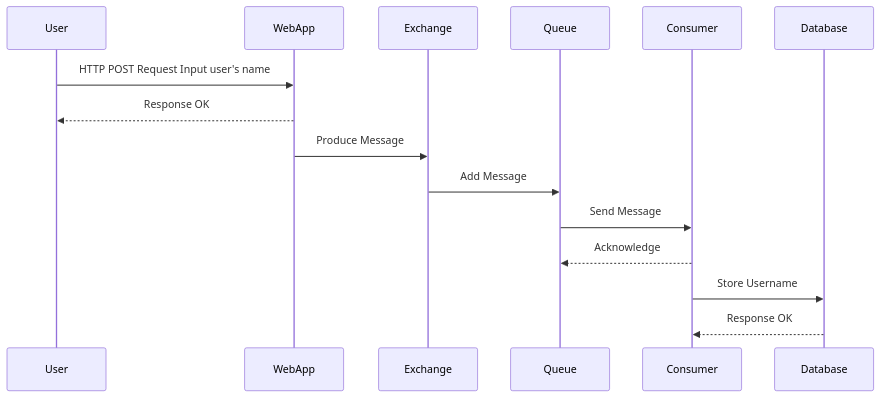
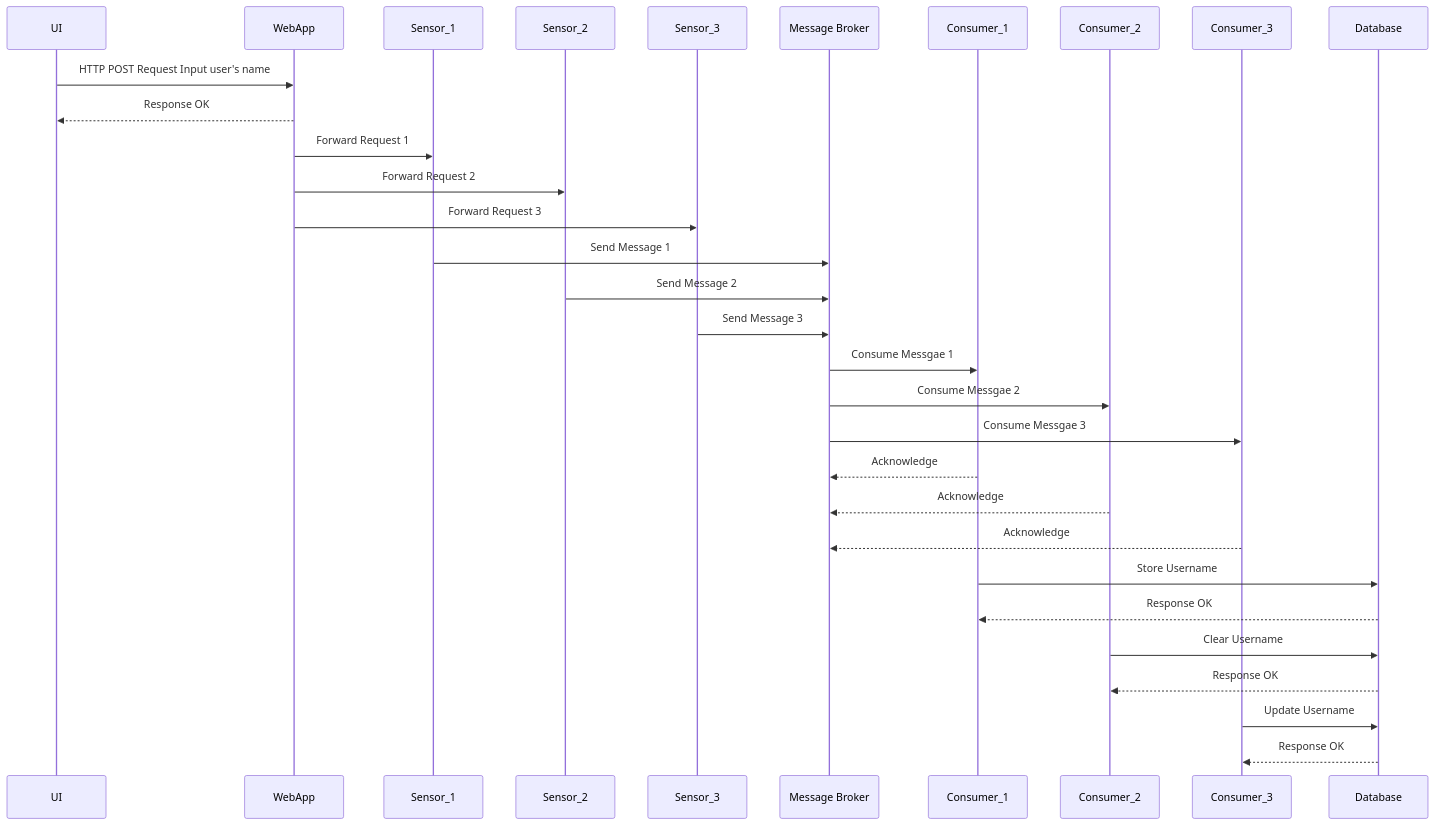
One commit to azlaanmsamad/Inria_Task changed the diagram in README.md. Above: the diagram before and after it, drawn with Mermaid.

Commit message:
Update README.md
Updated the Sequence Diagram

````diff
--- a/README.md
+++ b/README.md
@@ -31,18 +31,37 @@
 ```mermaid
   sequenceDiagram
-    participant User  
-    participant WebApp 
-    participant Exchange 
-    participant Queue
-    participant Consumer
+    participant UI  
+    participant WebApp
+    participant Sensor_1
+    participant Sensor_2
+    participant Sensor_3
+    participant Message Broker
+    participant Consumer_1
+    participant Consumer_2
+    participant Consumer_3
     participant Database 
     
-    User->>WebApp : HTTP POST Request Input user's name
-    WebApp-->>User : Response OK
-    WebApp->>Exchange : Produce Message
-    Exchange->>Queue : Add Message
-    Queue->>Consumer : Send Message
-    Consumer-->>Queue : Acknowledge
-    Consumer->>Database : Store Username
-    Database-->>Consumer : Response OK
+    UI->>WebApp : HTTP POST Request Input user's name
+    WebApp-->>UI : Response OK
+    WebApp->>Sensor_1 : Forward Request 1
+    WebApp->>Sensor_2 : Forward Request 2
+    WebApp->>Sensor_3 : Forward Request 3
+    Sensor_1->>Message Broker: Send Message 1
+    Sensor_2->>Message Broker: Send Message 2
+    Sensor_3->>Message Broker: Send Message 3
+    Message Broker->>Consumer_1: Consume Messgae 1
+    Message Broker->>Consumer_2: Consume Messgae 2
+    Message Broker->>Consumer_3: Consume Messgae 3
+    Consumer_1-->>Message Broker: Acknowledge
+    Consumer_2-->>Message Broker: Acknowledge
+    Consumer_3-->>Message Broker: Acknowledge
+    
+    Consumer_1->>Database : Store Username
+    Database-->>Consumer_1 : Response OK
+    
+    Consumer_2->>Database : Clear Username
+    Database-->>Consumer_2 : Response OK
+    
+    Consumer_3->>Database : Update Username
+    Database-->>Consumer_3 : Response OK
 ```
````
